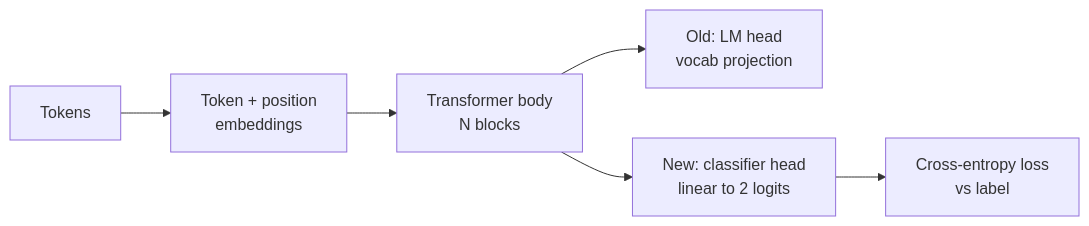
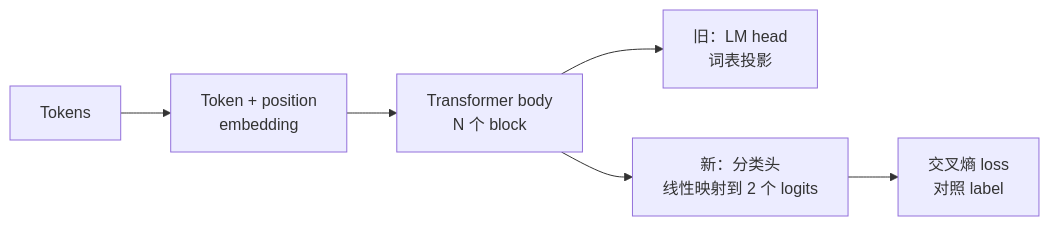
One commit to JerryC8080/ai-engineering-from-scratch-zh changed the first of 3 diagrams in phases/19-capstone-projects/38-classifier-finetuning/docs/zh.md. Above: the diagram before and after it, drawn with Mermaid. The commit also changed other lines of this file and 156 other files, not shown here.

First line of the commit message:
i18n(zh): translate mermaid diagram labels in 157 lesson zh.md

````diff
--- a/phases/19-capstone-projects/38-classifier-finetuning/docs/zh.md
+++ b/phases/19-capstone-projects/38-classifier-finetuning/docs/zh.md
@@ -32,8 +32,8 @@
 ```mermaid
 flowchart LR
-  T[Tokens] --> E[Token + position<br/>embeddings]
-  E --> B[Transformer body<br/>N blocks]
-  B --> H1[Old: LM head<br/>vocab projection]
-  B --> H2[New: classifier head<br/>linear to 2 logits]
-  H2 --> L[Cross-entropy loss<br/>vs label]
+  T[Tokens] --> E[Token + position<br/>embedding]
+  E --> B[Transformer body<br/>N 个 block]
+  B --> H1[旧：LM head<br/>词表投影]
+  B --> H2[新：分类头<br/>线性映射到 2 个 logits]
+  H2 --> L[交叉熵 loss<br/>对照 label]
 ```
````
